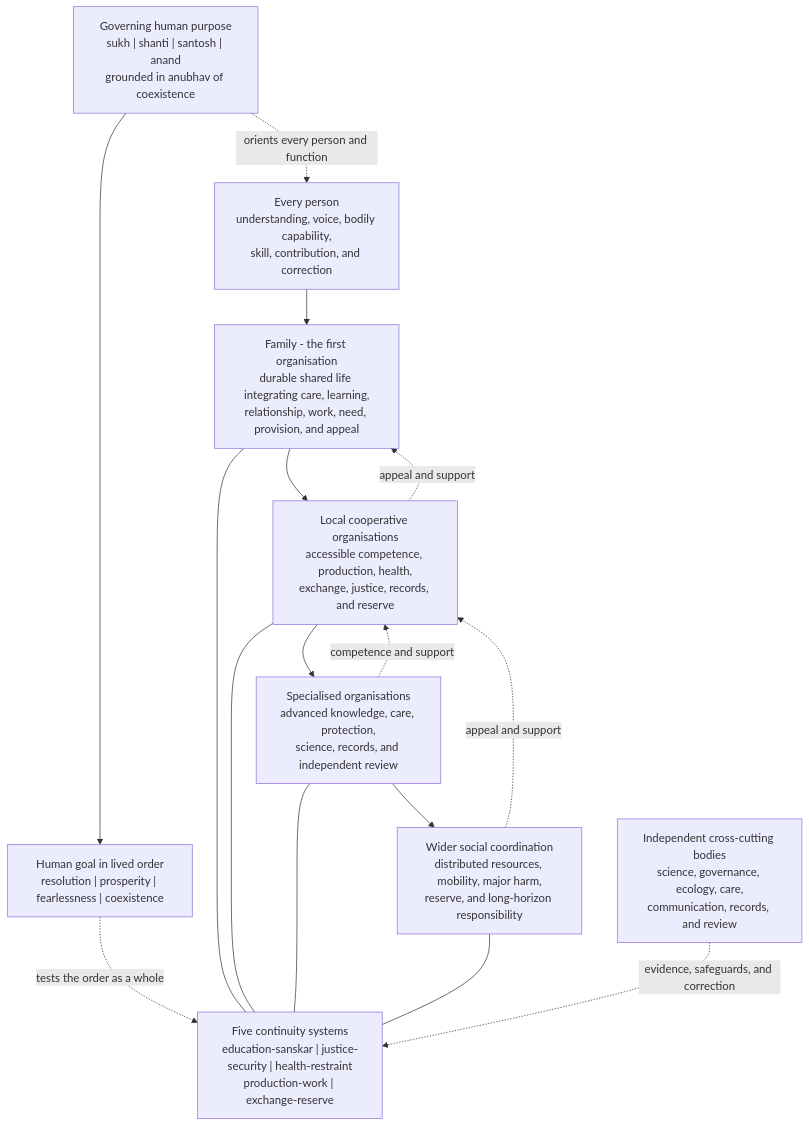
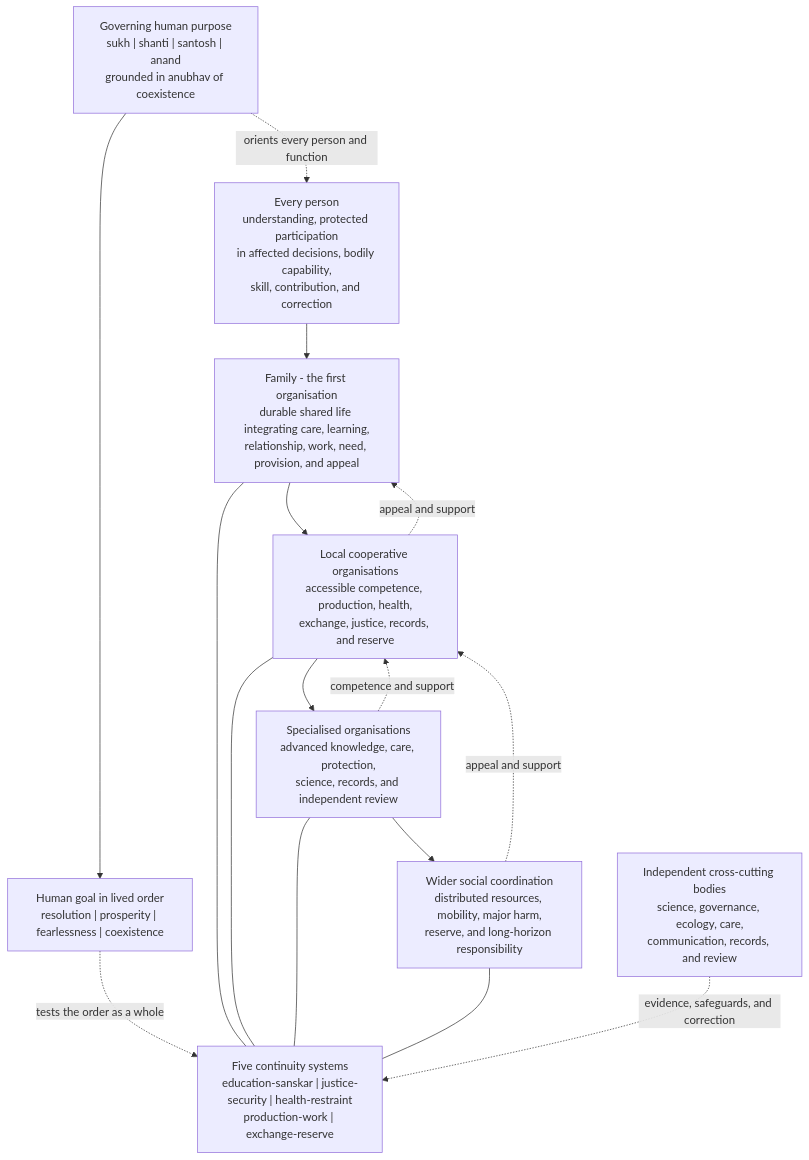
The diagram in Studies/The-Epistemology-of-Coexistence/Research-Note-Proposed-External-Organisation-From-Jeevan-Architecture.md (raghavamohan/AnalyticMadhyasthDarshan), drawn with Mermaid before and after one commit. The commit also changed other lines of this file and 1 other file, not shown here.

Commit message:
Replace ambiguous voice terminology

````diff
--- a/Studies/The-Epistemology-of-Coexistence/Research-Note-Proposed-External-Organisation-From-Jeevan-Architecture.md
+++ b/Studies/The-Epistemology-of-Coexistence/Research-Note-Proposed-External-Organisation-From-Jeevan-Architecture.md
@@ -73,25 +71,25 @@
 ```mermaid
 flowchart TB
     H["Governing human purpose<br/>sukh | shanti | santosh | anand<br/>grounded in anubhav of coexistence"]
     G["Human goal in lived order<br/>resolution | prosperity | fearlessness | coexistence"]
-    P["Every person<br/>understanding, voice, bodily capability,<br/>skill, contribution, and correction"]
+    P["Every person<br/>understanding, protected participation<br/>in affected decisions, bodily capability,<br/>skill, contribution, and correction"]
     F["Family - the first organisation<br/>durable shared life integrating care, learning,<br/>relationship, work, need, provision, and appeal"]
     L["Local cooperative organisations<br/>accessible competence, production, health,<br/>exchange, justice, records, and reserve"]
     S["Specialised organisations<br/>advanced knowledge, care, protection,<br/>science, records, and independent review"]
     W["Wider social coordination<br/>distributed resources, mobility, major harm,<br/>reserve, and long-horizon responsibility"]
     C["Five continuity systems<br/>education-sanskar | justice-security | health-restraint<br/>production-work | exchange-reserve"]
     X["Independent cross-cutting bodies<br/>science, governance, ecology, care,<br/>communication, records, and review"]
 
     H --> G
     H -. "orients every person and function" .-> P
     G -. "tests the order as a whole" .-> C
     P --> F --> L --> S --> W
     F --- C
     L --- C
     S --- C
     W --- C
     X -. "evidence, safeguards, and correction" .-> C
     W -. "appeal and support" .-> L
     S -. "competence and support" .-> L
     L -. "appeal and support" .-> F
 ```
````
